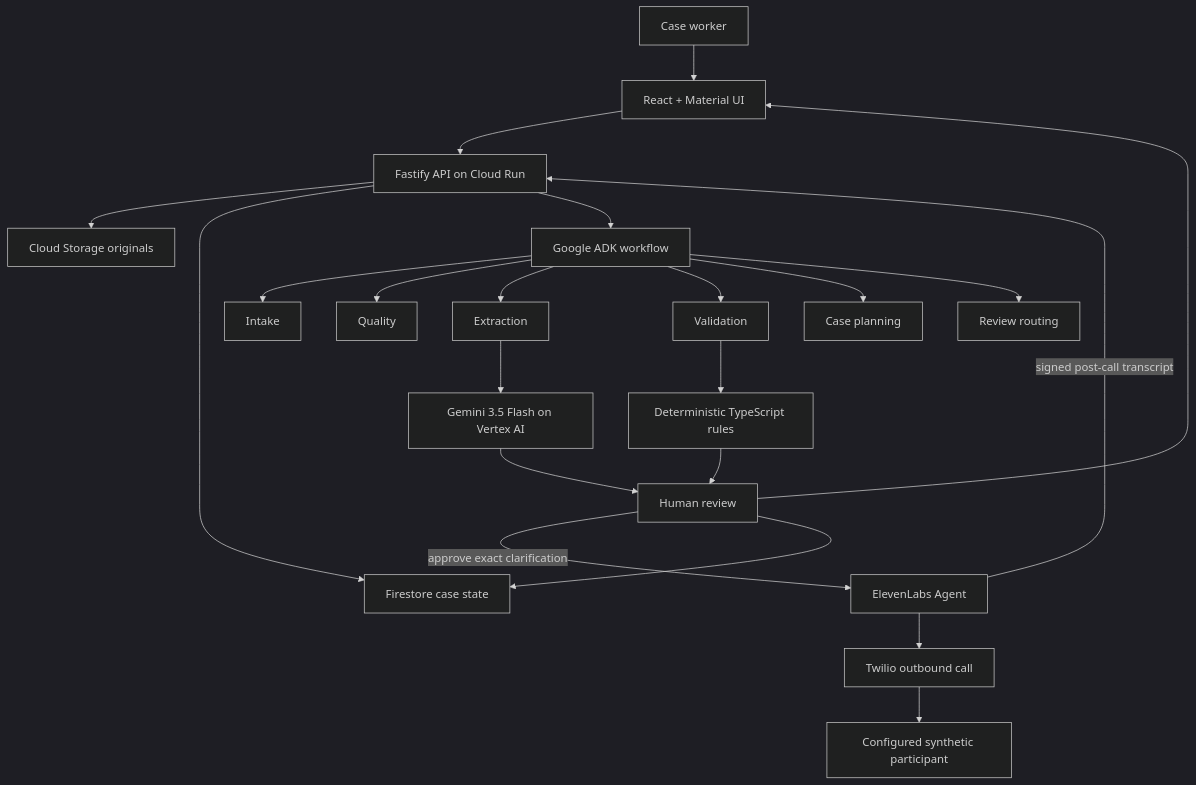
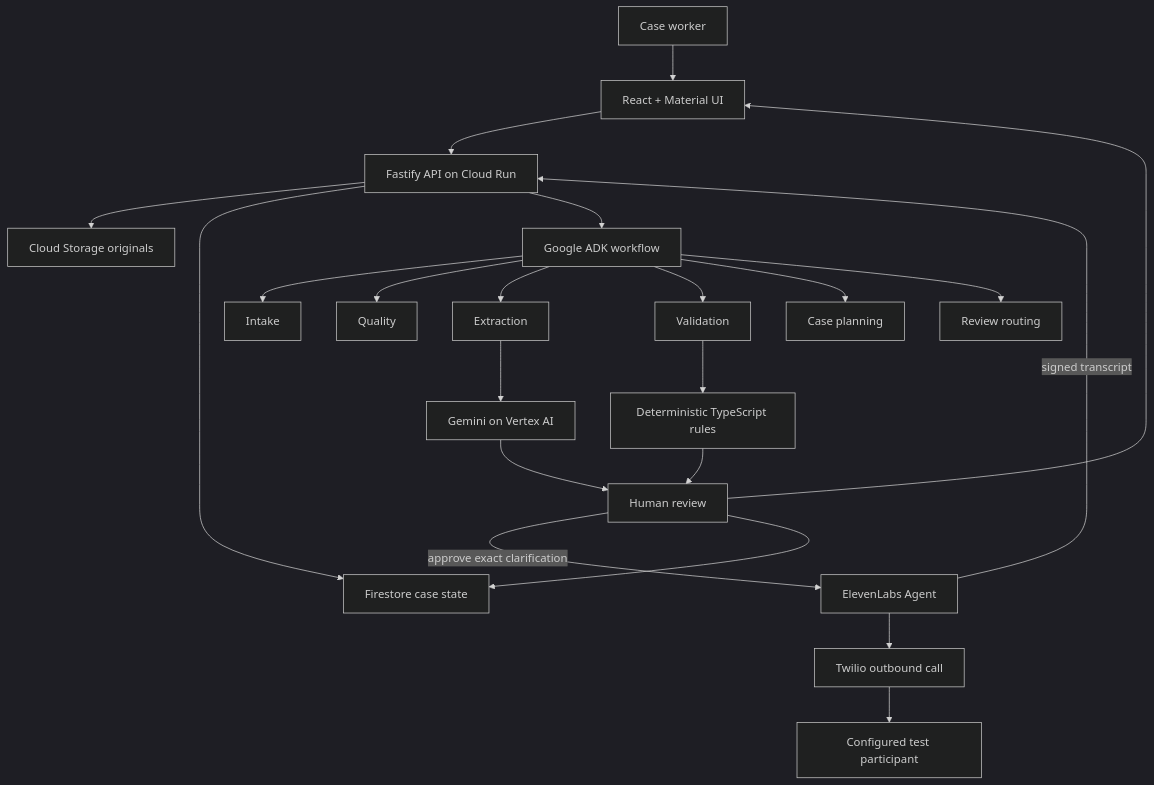
Before and after one commit to amin076/claimflow-agent: the diagram in README.md, drawn with Mermaid (dark theme). The commit also changed other lines of this file and 8 other files, not shown here.

````diff
--- a/README.md
+++ b/README.md
@@ -85,28 +37,28 @@
 ```mermaid
 flowchart TD
     U["Case worker"] --> UI["React + Material UI"]
     UI --> API["Fastify API on Cloud Run"]
     API --> OBJ["Cloud Storage originals"]
     API --> DB["Firestore case state"]
     API --> ORCH["Google ADK workflow"]
 
     ORCH --> I["Intake"]
     ORCH --> Q["Quality"]
     ORCH --> X["Extraction"]
     ORCH --> V["Validation"]
     ORCH --> P["Case planning"]
     ORCH --> R["Review routing"]
 
-    X --> GEM["Gemini 3.5 Flash on Vertex AI"]
+    X --> GEM["Gemini on Vertex AI"]
     V --> RULES["Deterministic TypeScript rules"]
     RULES --> REVIEW["Human review"]
     GEM --> REVIEW
 
     REVIEW -->|"approve exact clarification"| VOICE["ElevenLabs Agent"]
     VOICE --> TWILIO["Twilio outbound call"]
-    TWILIO --> PERSON["Configured synthetic participant"]
-    VOICE -->|"signed post-call transcript"| API
+    TWILIO --> PERSON["Configured test participant"]
+    VOICE -->|"signed transcript"| API
 
     REVIEW --> DB
     REVIEW --> UI
 ```
````
